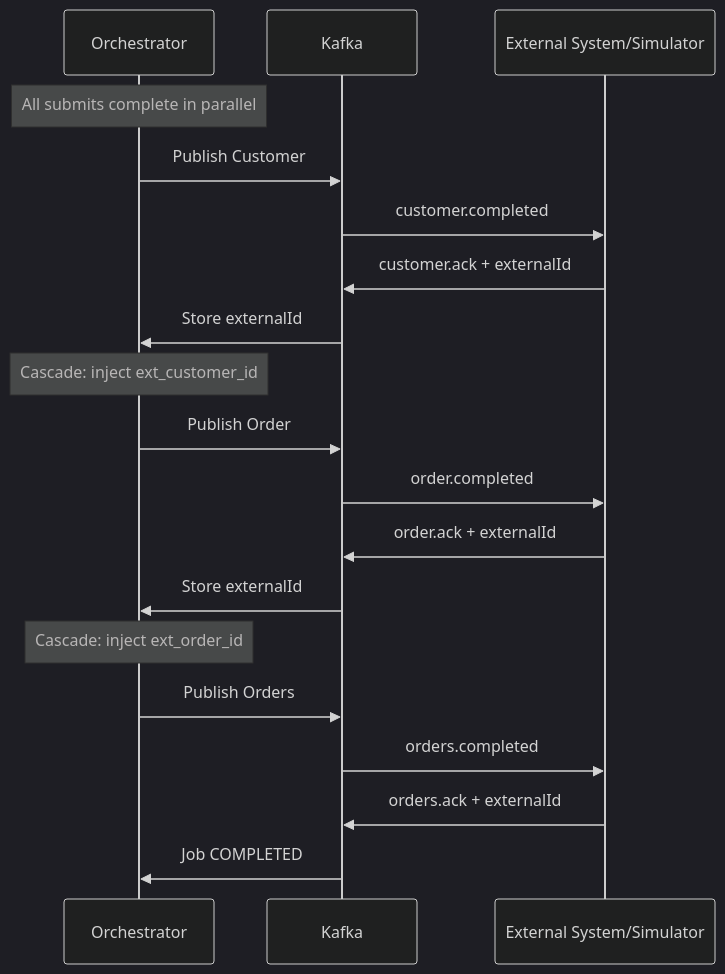
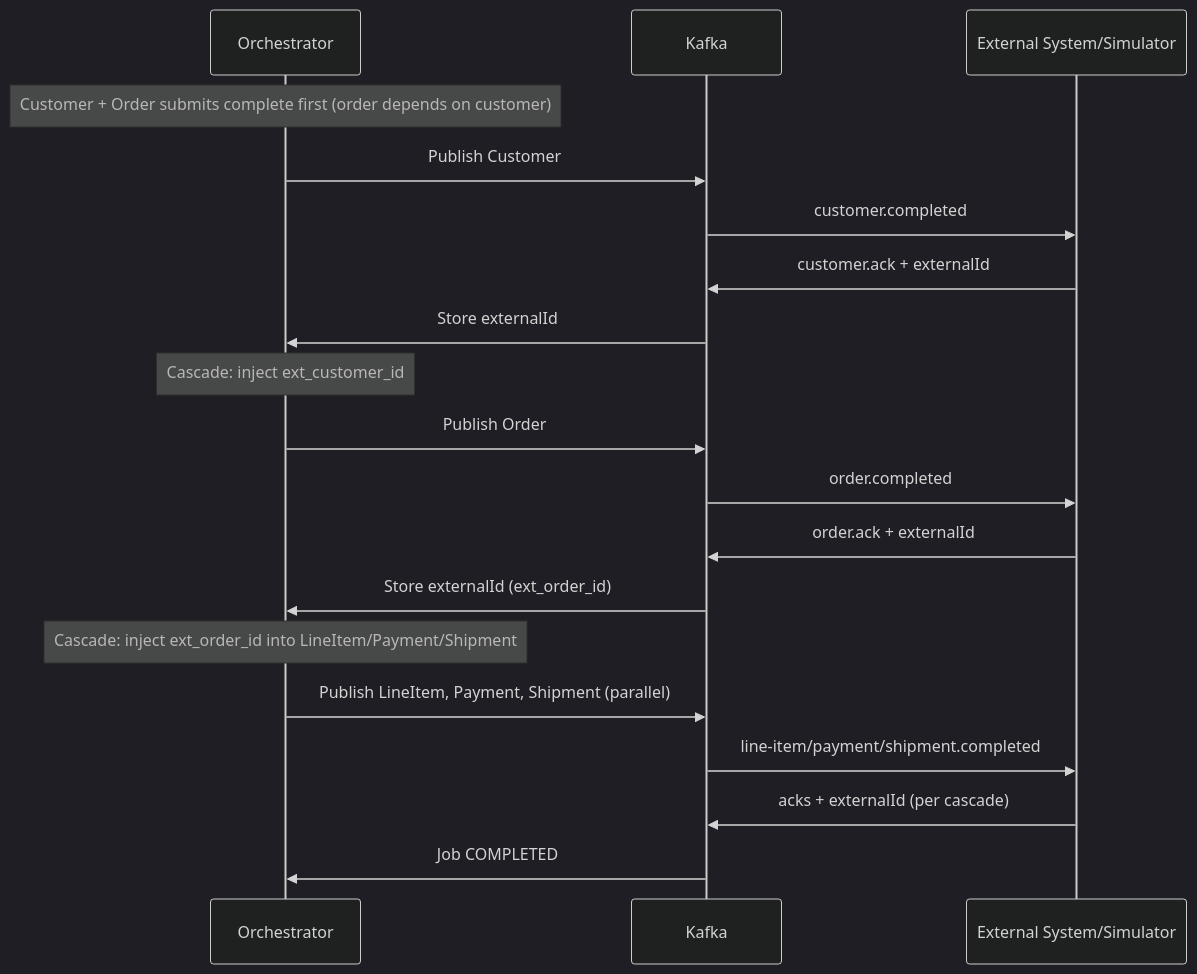
One commit to inctasoft/setpoint-evals-dtm-examples changed the seventh of 9 diagrams in docs/guides/system-architecture.md. Above: the diagram before and after it, drawn with Mermaid (dark theme). The commit also changed other lines of this file and 10 other files, not shown here.

````diff
--- a/docs/guides/system-architecture.md
+++ b/docs/guides/system-architecture.md
@@ -875,25 +878,25 @@
 ```mermaid
 sequenceDiagram
     participant O as Orchestrator
     participant K as Kafka
     participant EXT as External System/Simulator
 
-    Note over O: All submits complete in parallel
+    Note over O: Customer + Order submits complete first (order depends on customer)
 
     O->>K: Publish Customer
     K->>EXT: customer.completed
     EXT->>K: customer.ack + externalId
     K->>O: Store externalId
 
     Note over O: Cascade: inject ext_customer_id
     O->>K: Publish Order
     K->>EXT: order.completed
     EXT->>K: order.ack + externalId
-    K->>O: Store externalId
+    K->>O: Store externalId (ext_order_id)
 
-    Note over O: Cascade: inject ext_order_id
-    O->>K: Publish Orders
-    K->>EXT: orders.completed
-    EXT->>K: orders.ack + externalId
+    Note over O: Cascade: inject ext_order_id into LineItem/Payment/Shipment
+    O->>K: Publish LineItem, Payment, Shipment (parallel)
+    K->>EXT: line-item/payment/shipment.completed
+    EXT->>K: acks + externalId (per cascade)
     K->>O: Job COMPLETED
 ```
````
